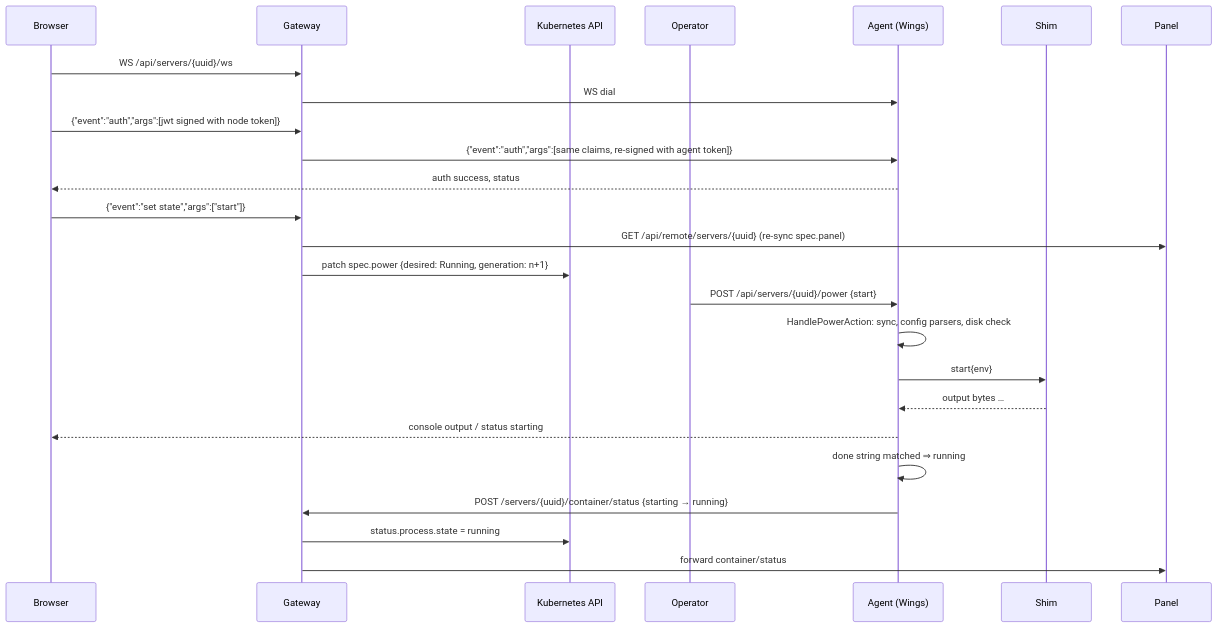
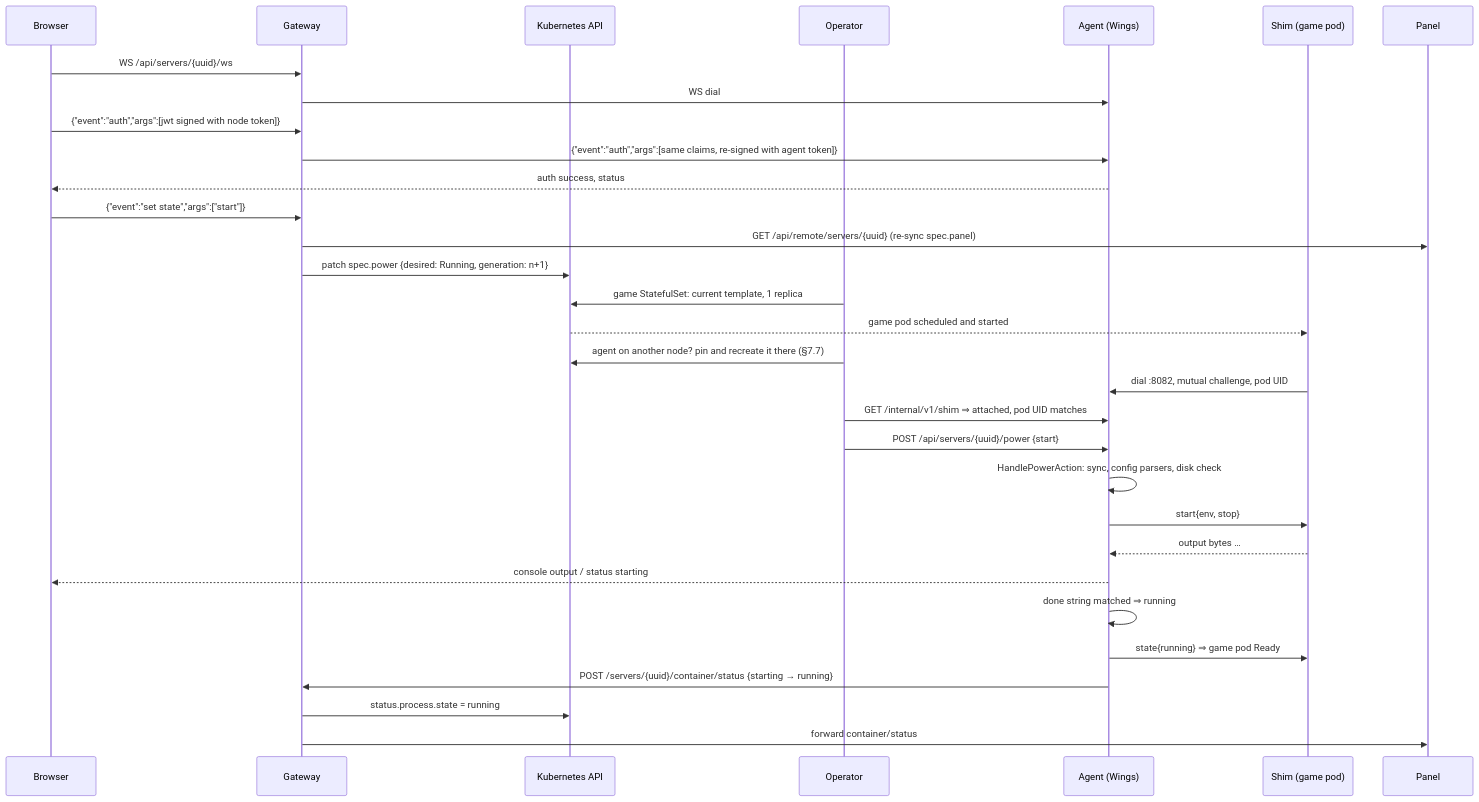
The fifth of 5 diagrams in ARCHITECTURE.md (Claiyc/pelican-k8s), drawn with Mermaid before and after one commit. The commit also changed other lines of this file, not shown here.

Commit message:
docs: describe flows, networking, storage and security for split pods

````diff
--- a/ARCHITECTURE.md
+++ b/ARCHITECTURE.md
@@ -1117,27 +1120,33 @@
 ```mermaid
 sequenceDiagram
   participant B as Browser
   participant G as Gateway
   participant K as Kubernetes API
   participant O as Operator
   participant A as Agent (Wings)
-  participant S as Shim
+  participant S as Shim (game pod)
   participant P as Panel
   B->>G: WS /api/servers/{uuid}/ws
   G->>A: WS dial
   B->>G: {"event":"auth","args":[jwt signed with node token]}
   G->>A: {"event":"auth","args":[same claims, re-signed with agent token]}
   A-->>B: auth success, status
   B->>G: {"event":"set state","args":["start"]}
   G->>P: GET /api/remote/servers/{uuid} (re-sync spec.panel)
   G->>K: patch spec.power {desired: Running, generation: n+1}
+  O->>K: game StatefulSet: current template, 1 replica
+  K-->>S: game pod scheduled and started
+  O->>K: agent on another node? pin and recreate it there (§7.7)
+  S->>A: dial :8082, mutual challenge, pod UID
+  O->>A: GET /internal/v1/shim ⇒ attached, pod UID matches
   O->>A: POST /api/servers/{uuid}/power {start}
   A->>A: HandlePowerAction: sync, config parsers, disk check
-  A->>S: start{env}
+  A->>S: start{env, stop}
   S-->>A: output bytes …
   A-->>B: console output / status starting
   A->>A: done string matched ⇒ running
+  A->>S: state{running} ⇒ game pod Ready
   A->>G: POST /servers/{uuid}/container/status {starting → running}
   G->>K: status.process.state = running
   G->>P: forward container/status
 ```
````
